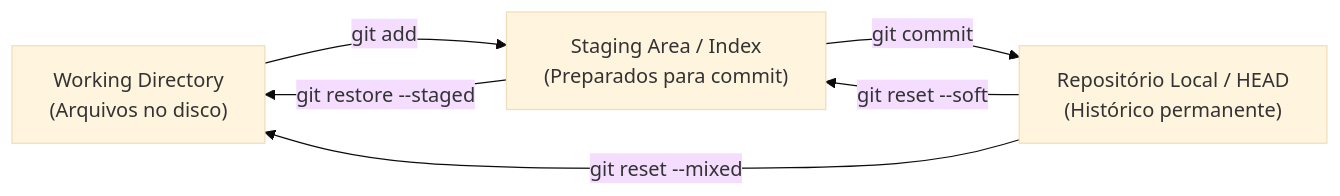
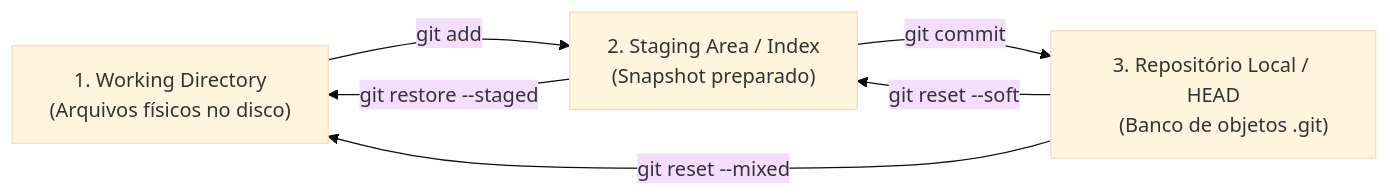
One commit to thiagosantos346/TCE-GO-2027 changed the third of 8 diagrams in fontes_de_estudo/conhecimentos_especificos_b02_ti/05_desenvolvimento_de_sistemas/06_git_gerenciamento_de_dependencias_e_empacotamento.md. Above: the diagram before and after it, drawn with Mermaid (base theme). The commit also changed other lines of this file and 119 other files, not shown here.

````diff
--- a/fontes_de_estudo/conhecimentos_especificos_b02_ti/05_desenvolvimento_de_sistemas/06_git_gerenciamento_de_dependencias_e_empacotamento.md
+++ b/fontes_de_estudo/conhecimentos_especificos_b02_ti/05_desenvolvimento_de_sistemas/06_git_gerenciamento_de_dependencias_e_empacotamento.md
@@ -77,11 +109,11 @@
 ```mermaid
 flowchart LR
-    WD["Working Directory
-    (Arquivos no disco)"] -->|"git add"| SA["Staging Area / Index
-    (Preparados para commit)"]
-    SA -->|"git commit"| REP["Repositório Local / HEAD
-    (Histórico permanente)"]
+    WD["1. Working Directory
+    (Arquivos físicos no disco)"] -->|"git add"| SA["2. Staging Area / Index
+    (Snapshot preparado)"]
+    SA -->|"git commit"| REP["3. Repositório Local / HEAD
+    (Banco de objetos .git)"]
     REP -->|"git reset --soft"| SA
     REP -->|"git reset --mixed"| WD
     SA -->|"git restore --staged"| WD
 ```
````
